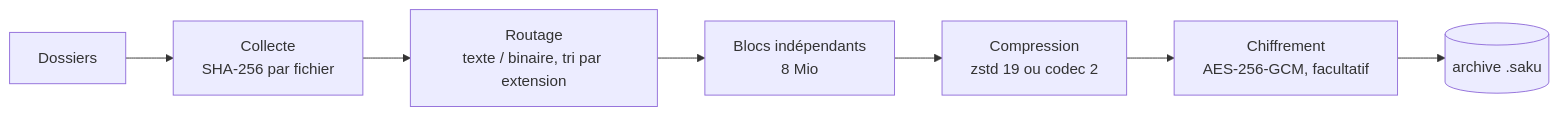
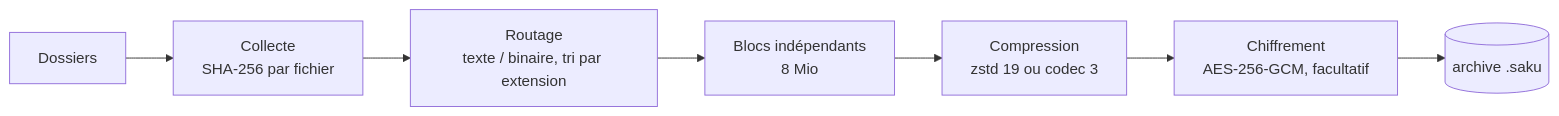
One commit to Dimitri-Rey/SAKU changed the diagram in README.md. Above: the diagram before and after it, drawn with Mermaid. The commit also changed other lines of this file and 22 other files, not shown here.

````diff
--- a/README.md
+++ b/README.md
@@ -102,9 +102,9 @@
 ```mermaid
 flowchart LR
     A[Dossiers] --> B[Collecte<br/>SHA-256 par fichier]
     B --> C[Routage<br/>texte / binaire, tri par extension]
     C --> D[Blocs indépendants<br/>8 Mio]
-    D --> E[Compression<br/>zstd 19 ou codec 2]
+    D --> E[Compression<br/>zstd 19 ou codec 3]
     E --> F[Chiffrement<br/>AES-256-GCM, facultatif]
     F --> G[(archive .saku)]
 ```
````
